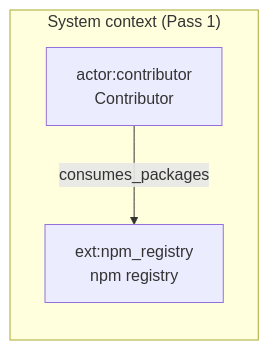
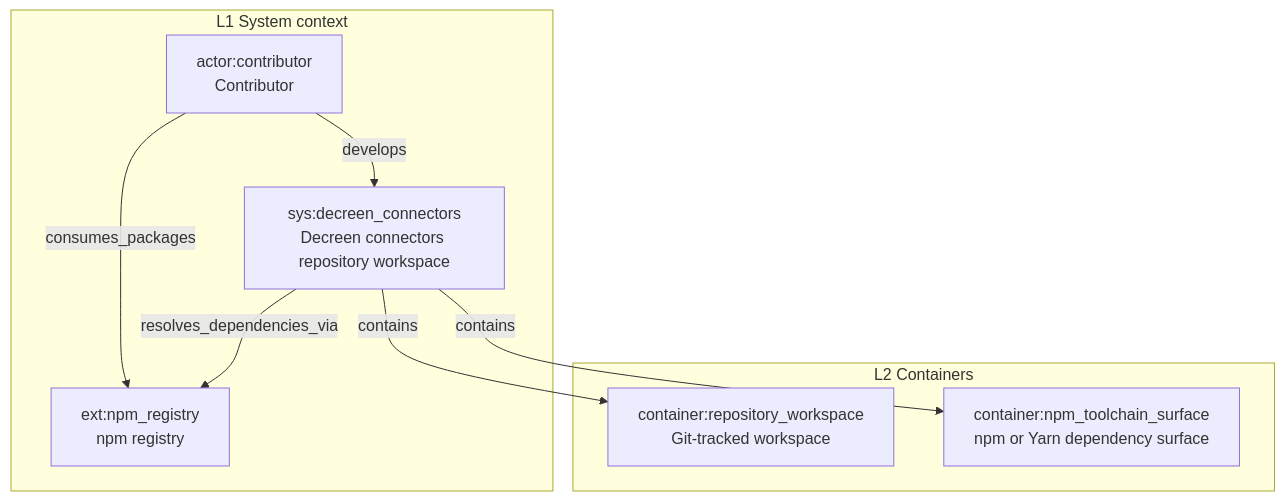
Before and after one commit to Decreen/decreen-connectors: the diagram in docs/c4-live.mermaid.md, drawn with Mermaid. The commit also changed 3 other files, not shown here.

Commit message:
feat(c4): Pass 2 system boundary and L2 containers

````diff
--- a/docs/c4-live.mermaid.md
+++ b/docs/c4-live.mermaid.md
@@ -3,8 +3,17 @@
 ```mermaid
-flowchart LR
-  subgraph L1["System context (Pass 1)"]
+flowchart TB
+  subgraph L1["L1 System context"]
     actor_contributor["actor:contributor<br/>Contributor"]
     ext_npm["ext:npm_registry<br/>npm registry"]
+    sys_dc["sys:decreen_connectors<br/>Decreen connectors repository workspace"]
+  end
+  subgraph L2["L2 Containers"]
+    c_repo["container:repository_workspace<br/>Git-tracked workspace"]
+    c_npm["container:npm_toolchain_surface<br/>npm or Yarn dependency surface"]
   end
   actor_contributor -->|"consumes_packages"| ext_npm
+  actor_contributor -->|"develops"| sys_dc
+  sys_dc -->|"resolves_dependencies_via"| ext_npm
+  sys_dc -->|"contains"| c_repo
+  sys_dc -->|"contains"| c_npm
 ```
````
